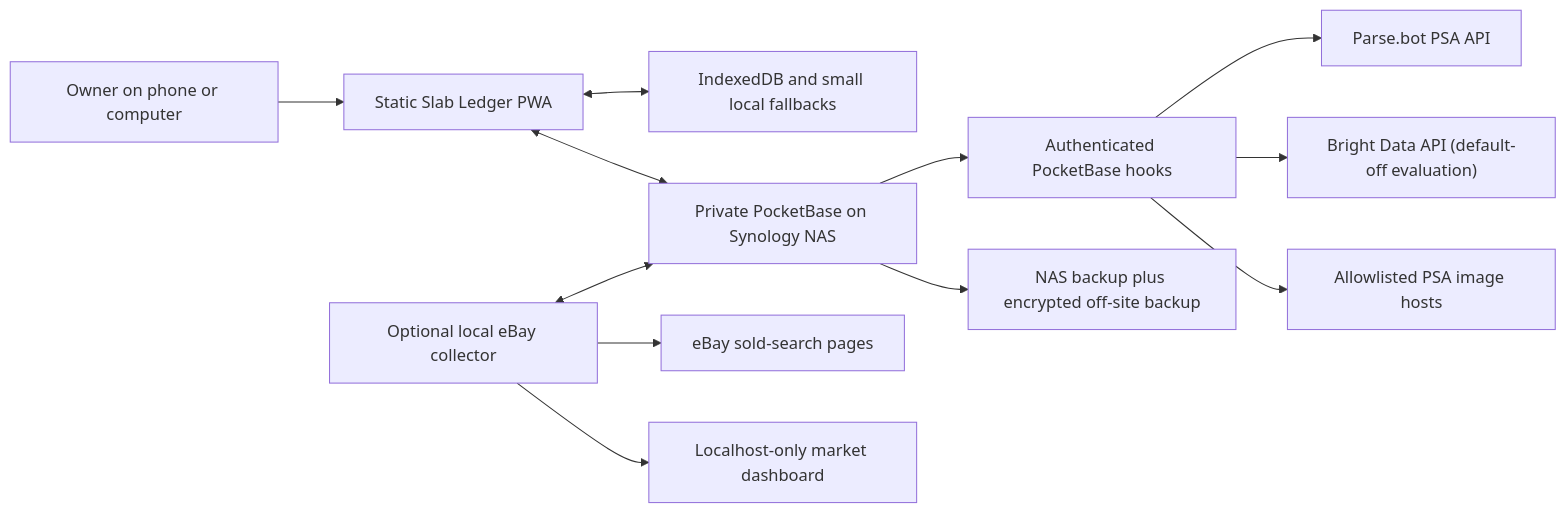
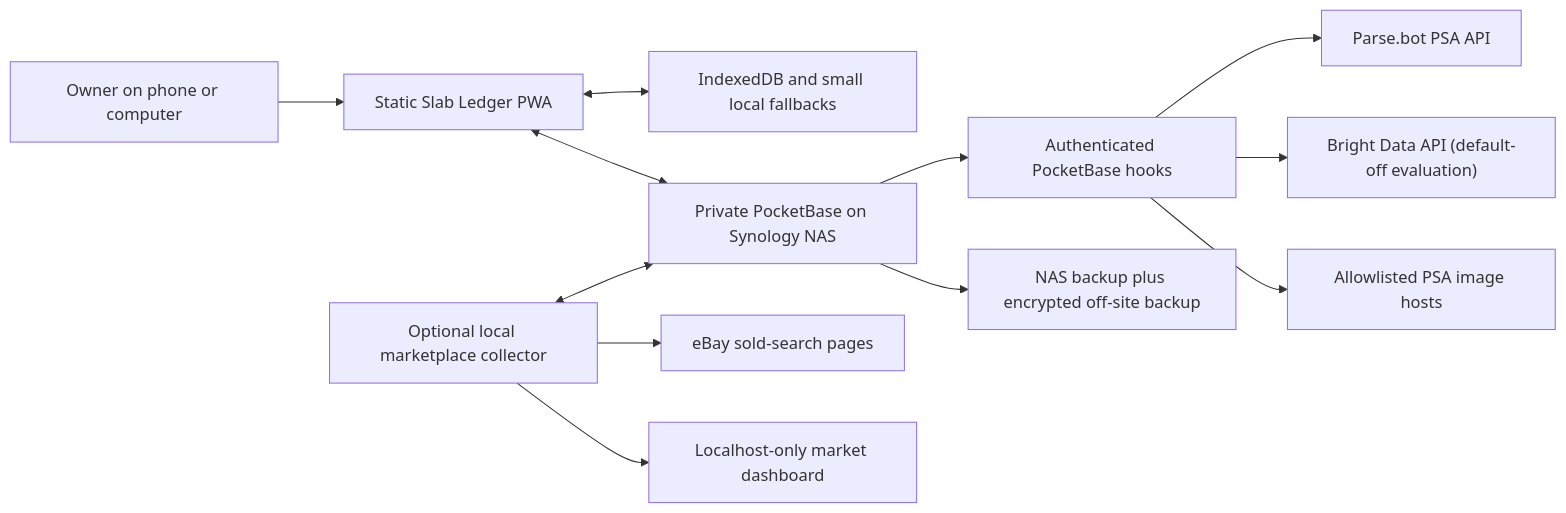
The diagram in docs/Architecture.md (lhuynh17/card-ledger), drawn with Mermaid before and after one commit. The commit also changed other lines of this file and 5 other files, not shown here.

````diff
--- a/docs/Architecture.md
+++ b/docs/Architecture.md
@@ -12,14 +12,14 @@
 ```mermaid
 flowchart LR
     U["Owner on phone or computer"] --> PWA["Static Slab Ledger PWA"]
     PWA <--> IDB["IndexedDB and small local fallbacks"]
     PWA <--> PB["Private PocketBase on Synology NAS"]
     PB --> HOOKS["Authenticated PocketBase hooks"]
     HOOKS --> PARSE["Parse.bot PSA API"]
     HOOKS --> BRIGHT["Bright Data API (default-off evaluation)"]
     HOOKS --> PSAIMG["Allowlisted PSA image hosts"]
-    COL["Optional local eBay collector"] <--> PB
+    COL["Optional local marketplace collector"] <--> PB
     COL --> EBAY["eBay sold-search pages"]
     COL --> LOOP["Localhost-only market dashboard"]
     PB --> BAK["NAS backup plus encrypted off-site backup"]
 ```
````
